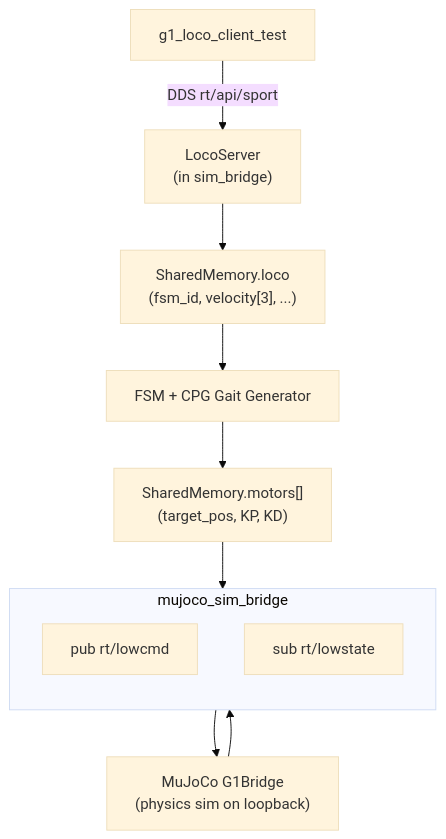
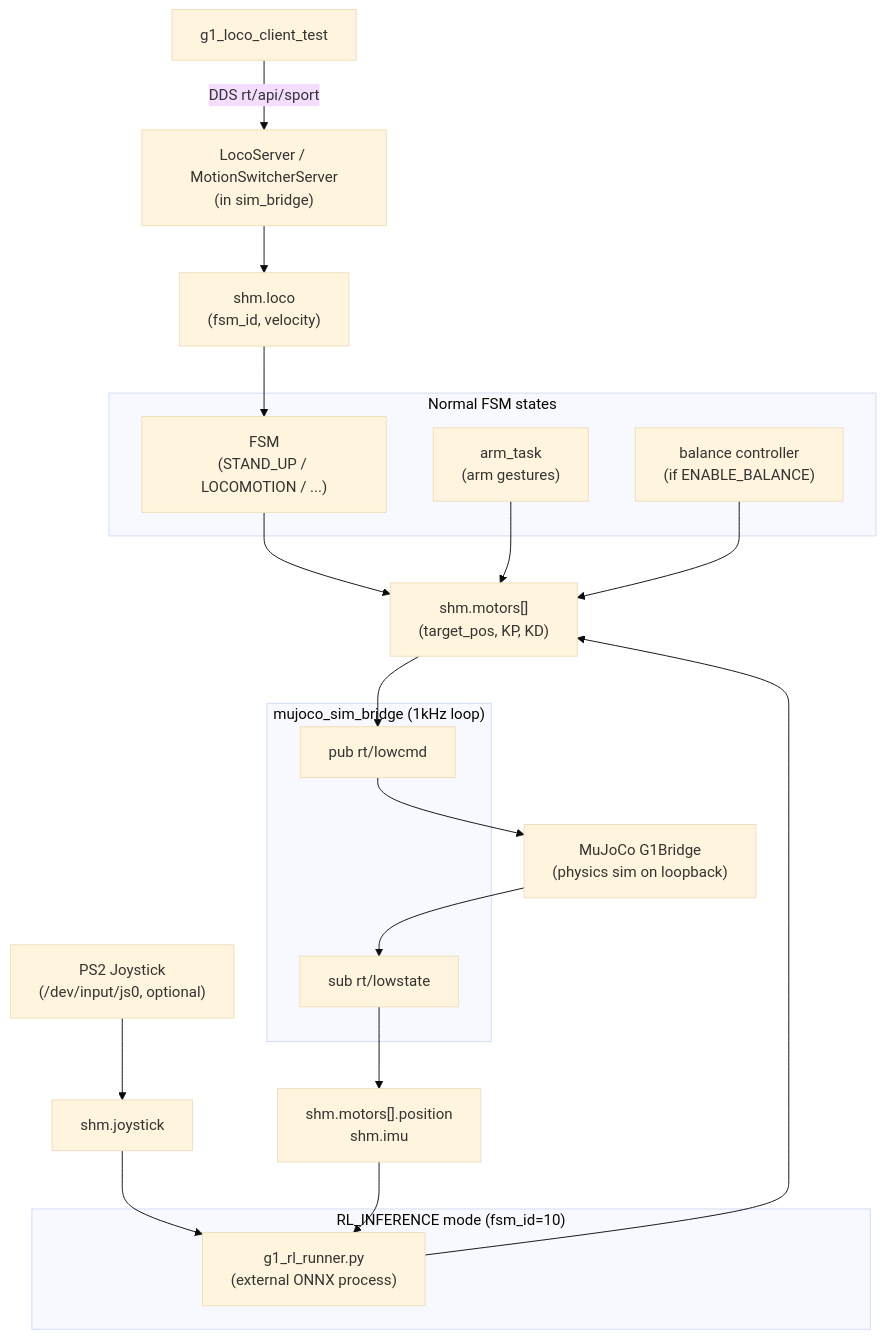
The first of 5 diagrams in Mujoco Simulation.md (yctan70/hello-world), drawn with Mermaid (base theme) before and after one commit. The commit also changed other lines of this file, not shown here.

Commit message:
Mujoco Simulation.md updated from https://stackedit.io/

````diff
--- a/Mujoco Simulation.md
+++ b/Mujoco Simulation.md
@@ -19,24 +19,43 @@
 ```mermaid
 flowchart TD
     Client["g1_loco_client_test"]
-    LocoServer["LocoServer\n(in sim_bridge)"]
-    ShmLoco["SharedMemory.loco\n(fsm_id, velocity[3], ...)"]
-    FSM["FSM + CPG Gait Generator"]
-    ShmMotors["SharedMemory.motors[]\n(target_pos, KP, KD)"]
+    Joystick["PS2 Joystick\n(/dev/input/js0, optional)"]
+    LocoServer["LocoServer / MotionSwitcherServer\n(in sim_bridge)"]
+    ShmLoco["shm.loco\n(fsm_id, velocity)"]
+    ShmJoystick["shm.joystick"]
+    ShmState["shm.motors[].position\nshm.imu"]
 
-    subgraph bridge ["mujoco_sim_bridge"]
-        direction TB
+    subgraph normal ["Normal FSM states"]
+        FSM["FSM\n(STAND_UP / LOCOMOTION / ...)"]
+        ArmTask["arm_task\n(arm gestures)"]
+        Balance["balance controller\n(if ENABLE_BALANCE)"]
+    end
+
+    ShmMotors["shm.motors[]\n(target_pos, KP, KD)"]
+
+    subgraph rl ["RL_INFERENCE mode (fsm_id=10)"]
+        RLRunner["g1_rl_runner.py\n(external ONNX process)"]
+    end
+
+    subgraph bridge ["mujoco_sim_bridge (1kHz loop)"]
         PubCmd["pub rt/lowcmd"]
         SubState["sub rt/lowstate"]
     end
 
     MuJoCo["MuJoCo G1Bridge\n(physics sim on loopback)"]
 
     Client -- "DDS rt/api/sport" --> LocoServer
     LocoServer --> ShmLoco
+    Joystick --> ShmJoystick
     ShmLoco --> FSM
     FSM --> ShmMotors
-    ShmMotors --> bridge
+    ArmTask --> ShmMotors
+    Balance --> ShmMotors
+    ShmJoystick --> RLRunner
+    ShmState --> RLRunner
+    RLRunner --> ShmMotors
+    ShmMotors --> PubCmd
     PubCmd --> MuJoCo
     MuJoCo --> SubState
+    SubState --> ShmState
 ```
````
